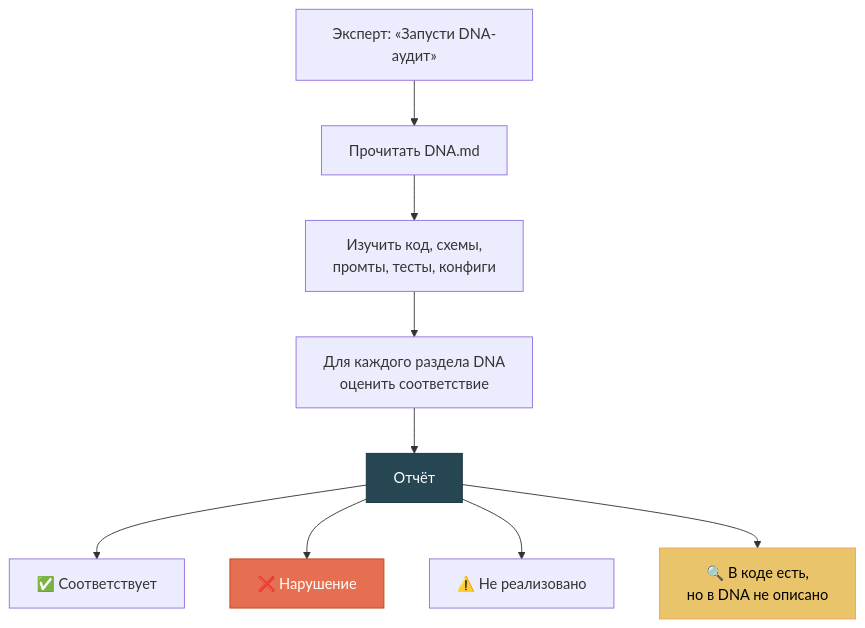
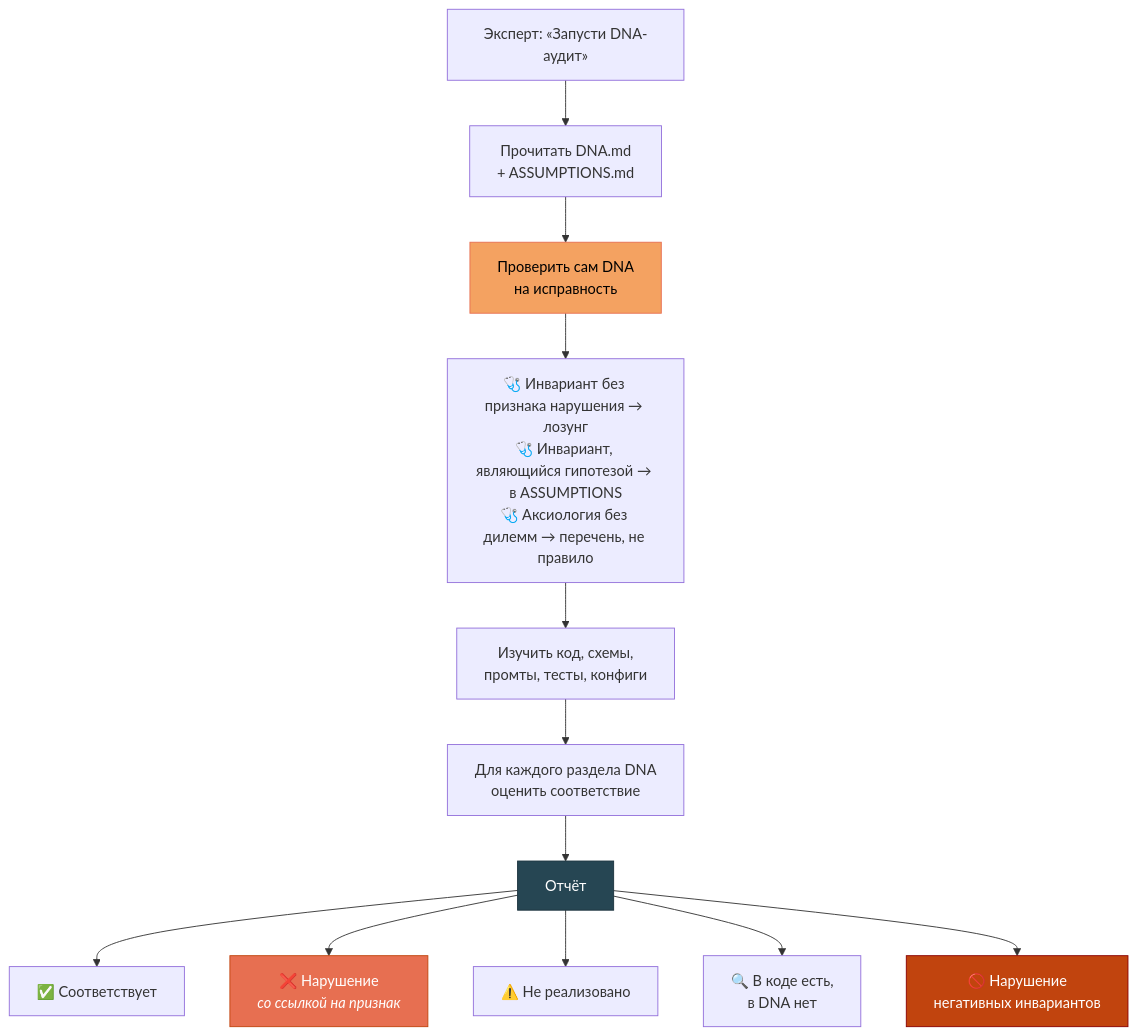
One commit to SizovOleg/project-dna changed the third of 8 diagrams in docs/modes-ru.md. Above: the diagram before and after it, drawn with Mermaid. The commit also changed other lines of this file and 9 other files, not shown here.

````diff
--- a/docs/modes-ru.md
+++ b/docs/modes-ru.md
@@ -96,20 +146,27 @@
 ```mermaid
 flowchart TD
     START["Эксперт: «Запусти DNA-аудит»"]
-    
-    START --> READ_DNA["Прочитать DNA.md"]
-    READ_DNA --> STUDY["Изучить код, схемы,<br/>промты, тесты, конфиги"]
-    
+
+    START --> READ["Прочитать DNA.md<br/>+ ASSUMPTIONS.md"]
+
+    READ --> SELFCHECK["Проверить сам DNA<br/>на исправность"]
+
+    SELFCHECK --> DIAG1["🩺 Инвариант без признака нарушения → лозунг<br/>🩺 Инвариант, являющийся гипотезой → в ASSUMPTIONS<br/>🩺 Аксиология без дилемм → перечень, не правило"]
+
+    DIAG1 --> STUDY["Изучить код, схемы,<br/>промты, тесты, конфиги"]
+
     STUDY --> CHECK["Для каждого раздела DNA<br/>оценить соответствие"]
-    
+
     CHECK --> REPORT["Отчёт"]
-    
+
     REPORT --> OK["✅ Соответствует"]
-    REPORT --> VIOL["❌ Нарушение"]
+    REPORT --> VIOL["❌ Нарушение<br/><i>со ссылкой на признак</i>"]
     REPORT --> NOTIMPL["⚠️ Не реализовано"]
-    REPORT --> UNDOC["🔍 В коде есть,<br/>но в DNA не описано"]
+    REPORT --> UNDOC["🔍 В коде есть,<br/>в DNA нет"]
+    REPORT --> NEGVIOL["🚫 Нарушение<br/>негативных инвариантов"]
 
+    style SELFCHECK fill:#f4a261,stroke:#e76f51,color:#000
     style REPORT fill:#264653,stroke:#1a323d,color:#fff
     style VIOL fill:#e76f51,stroke:#c1440e,color:#fff
-    style UNDOC fill:#e9c46a,stroke:#f4a261,color:#000
+    style NEGVIOL fill:#c1440e,stroke:#8b0000,color:#fff
 ```
````
